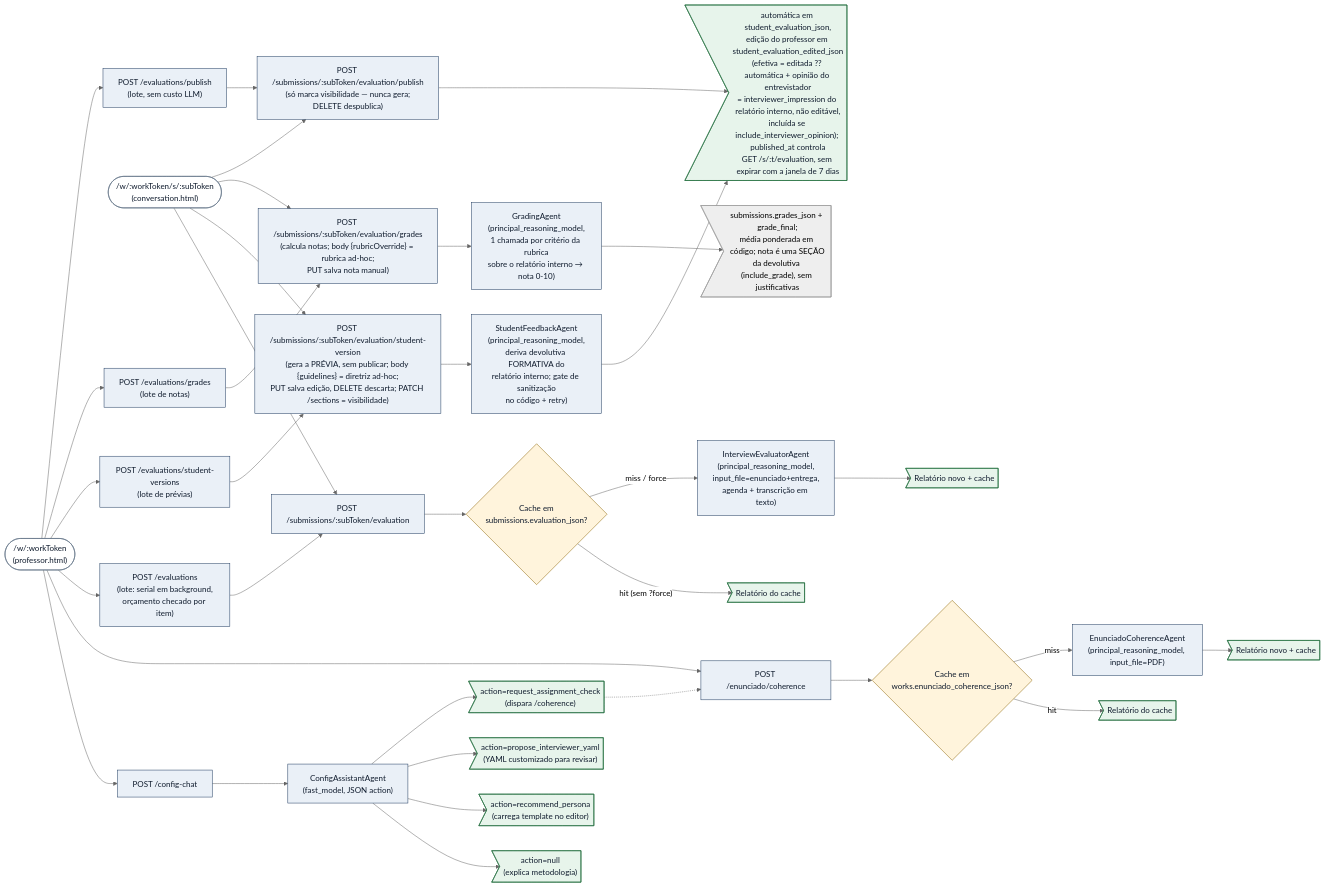
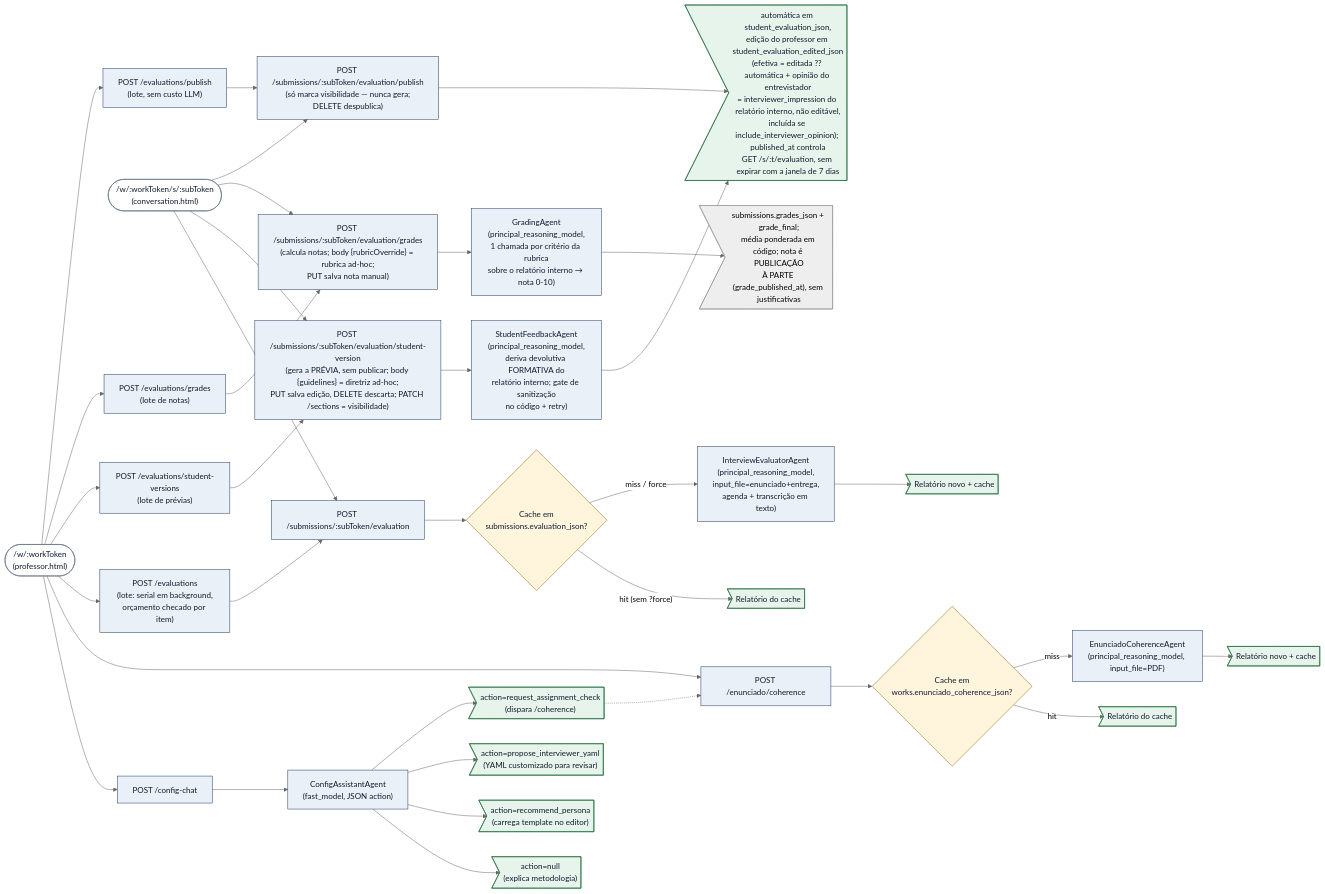
The second of 2 diagrams in docs/architecture.md (gladsjr/super-ta), drawn with Mermaid (neutral theme) before and after one commit. The commit also changed other lines of this file and 9 other files, not shown here.

````diff
--- a/docs/architecture.md
+++ b/docs/architecture.md
@@ -129,55 +129,55 @@
 ```mermaid
 flowchart LR
   ProfUI(["/w/:workToken<br/>(professor.html)"]) --> ChatHandler["POST /config-chat"]
   ProfUI --> CoherenceHandler["POST /enunciado/coherence"]
   ConvUI(["/w/:workToken/s/:subToken<br/>(conversation.html)"]) --> EvalHandler["POST /submissions/:subToken/evaluation"]
   ProfUI --> BatchHandler["POST /evaluations<br/>(lote: serial em background,<br/>orçamento checado por item)"]
   BatchHandler --> EvalHandler
 
   EvalHandler --> EvalCache{"Cache em<br/>submissions.evaluation_json?"}
   EvalCache -- "hit (sem ?force)" --> OutEvalCached>"Relatório do cache"]
   EvalCache -- "miss / force" --> EvalAgent["InterviewEvaluatorAgent<br/>(principal_reasoning_model,<br/>input_file=enunciado+entrega,<br/>agenda + transcrição em texto)"]
   EvalAgent --> OutEvalFresh>"Relatório novo + cache"]
 
   ConvUI --> DeriveHandler["POST /submissions/:subToken/evaluation/student-version<br/>(gera a PRÉVIA, sem publicar; body {guidelines} = diretriz ad-hoc;<br/>PUT salva edição, DELETE descarta; PATCH /sections = visibilidade)"]
   ProfUI --> DeriveBatch["POST /evaluations/student-versions<br/>(lote de prévias)"]
   DeriveBatch --> DeriveHandler
   DeriveHandler --> FeedbackAgent["StudentFeedbackAgent<br/>(principal_reasoning_model,<br/>deriva devolutiva FORMATIVA do<br/>relatório interno; gate de sanitização<br/>no código + retry)"]
   ConvUI --> GradeHandler["POST /submissions/:subToken/evaluation/grades<br/>(calcula notas; body {rubricOverride} = rubrica ad-hoc;<br/>PUT salva nota manual)"]
   ProfUI --> GradeBatch["POST /evaluations/grades<br/>(lote de notas)"]
   GradeBatch --> GradeHandler
   GradeHandler --> GradeAgent["GradingAgent<br/>(principal_reasoning_model,<br/>1 chamada por critério da rubrica<br/>sobre o relatório interno → nota 0-10)"]
-  GradeAgent --> OutGrades>"submissions.grades_json + grade_final;<br/>média ponderada em código; nota é uma SEÇÃO<br/>da devolutiva (include_grade), sem justificativas"]
+  GradeAgent --> OutGrades>"submissions.grades_json + grade_final;<br/>média ponderada em código; nota é PUBLICAÇÃO<br/>À PARTE (grade_published_at), sem justificativas"]
   ConvUI --> PublishHandler["POST /submissions/:subToken/evaluation/publish<br/>(só marca visibilidade — nunca gera;<br/>DELETE despublica)"]
   ProfUI --> PublishBatch["POST /evaluations/publish<br/>(lote, sem custo LLM)"]
   PublishBatch --> PublishHandler
   FeedbackAgent --> OutPublished>"automática em student_evaluation_json,<br/>edição do professor em student_evaluation_edited_json<br/>(efetiva = editada ?? automática + opinião do entrevistador<br/>= interviewer_impression do relatório interno, não editável,<br/>incluída se include_interviewer_opinion); published_at controla<br/>GET /s/:t/evaluation, sem expirar com a janela de 7 dias"]
   PublishHandler --> OutPublished
 
   ChatHandler --> ConfigAgent["ConfigAssistantAgent<br/>(fast_model, JSON action)"]
   ConfigAgent --> ActExplain>"action=null<br/>(explica metodologia)"]
   ConfigAgent --> ActPersona>"action=recommend_persona<br/>(carrega template no editor)"]
   ConfigAgent --> ActYaml>"action=propose_interviewer_yaml<br/>(YAML customizado para revisar)"]
   ConfigAgent --> ActCheck>"action=request_assignment_check<br/>(dispara /coherence)"]
   ActCheck -.-> CoherenceHandler
 
   CoherenceHandler --> Cache{"Cache em<br/>works.enunciado_coherence_json?"}
   Cache -- "hit" --> OutCached>"Relatório do cache"]
   Cache -- "miss" --> CoherenceAgent["EnunciadoCoherenceAgent<br/>(principal_reasoning_model, input_file=PDF)"]
   CoherenceAgent --> OutFresh>"Relatório novo + cache"]
 
   classDef agent fill:#eaf0f7,stroke:#1e3a5f,color:#0f1b2d;
   classDef gate  fill:#fff4dc,stroke:#8a6100,color:#0f1b2d;
   classDef out   fill:#e7f4eb,stroke:#1f6c3b,color:#0f1b2d;
   classDef entry fill:#ffffff,stroke:#5a6b80,color:#0f1b2d;
   class ChatHandler,CoherenceHandler,ConfigAgent,CoherenceAgent,EvalHandler,BatchHandler,EvalAgent,DeriveHandler,DeriveBatch,PublishHandler,PublishBatch,FeedbackAgent,GradeHandler,GradeBatch,GradeAgent agent
   class Cache,EvalCache gate
   class ActExplain,ActPersona,ActYaml,ActCheck,OutCached,OutFresh,OutEvalCached,OutEvalFresh,OutPublished out
   class ProfUI,ConvUI entry
 
   click ConfigAgent "vscode://file/c:/Users/glads/src/super-ta/agents/ConfigAssistantAgent.js" "Abre ConfigAssistantAgent"
   click CoherenceAgent "vscode://file/c:/Users/glads/src/super-ta/agents/EnunciadoCoherenceAgent.js" "Abre EnunciadoCoherenceAgent"
   click EvalAgent "vscode://file/c:/Users/glads/src/super-ta/agents/InterviewEvaluatorAgent.js:167" "Abre o systemPromptBody do InterviewEvaluatorAgent"
   click FeedbackAgent "vscode://file/c:/Users/glads/src/super-ta/agents/StudentFeedbackAgent.js:101" "Abre o systemPromptBody do StudentFeedbackAgent"
   click GradeAgent "vscode://file/c:/Users/glads/src/super-ta/agents/GradingAgent.js:31" "Abre o systemPromptBody do GradingAgent"
 ```
````
